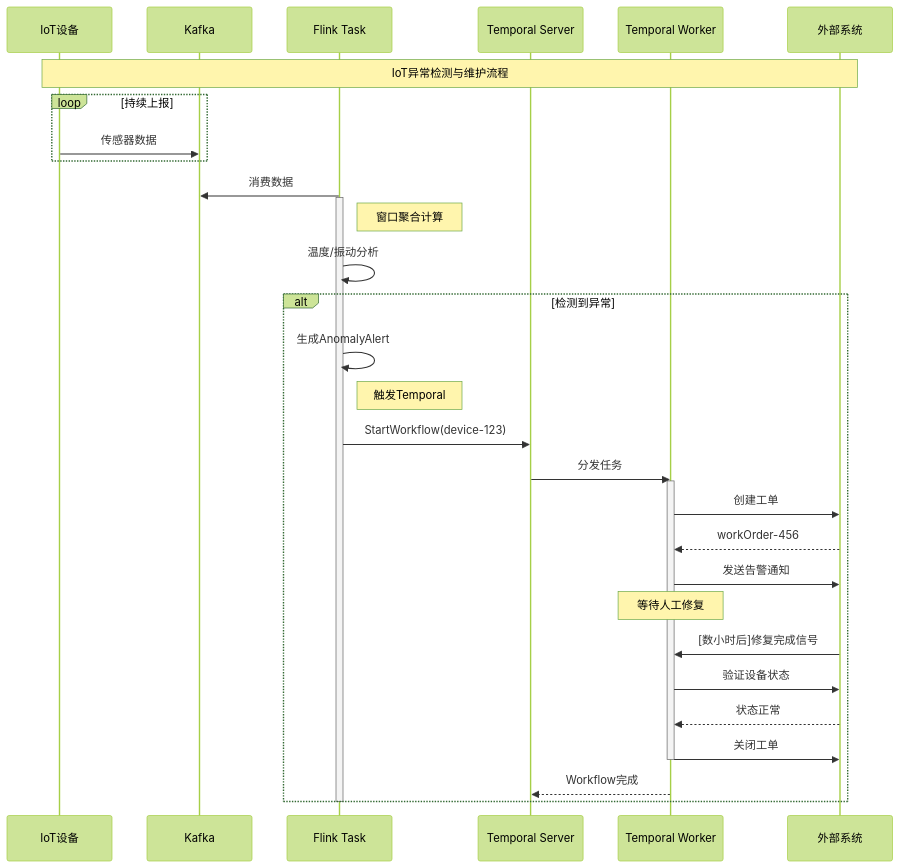
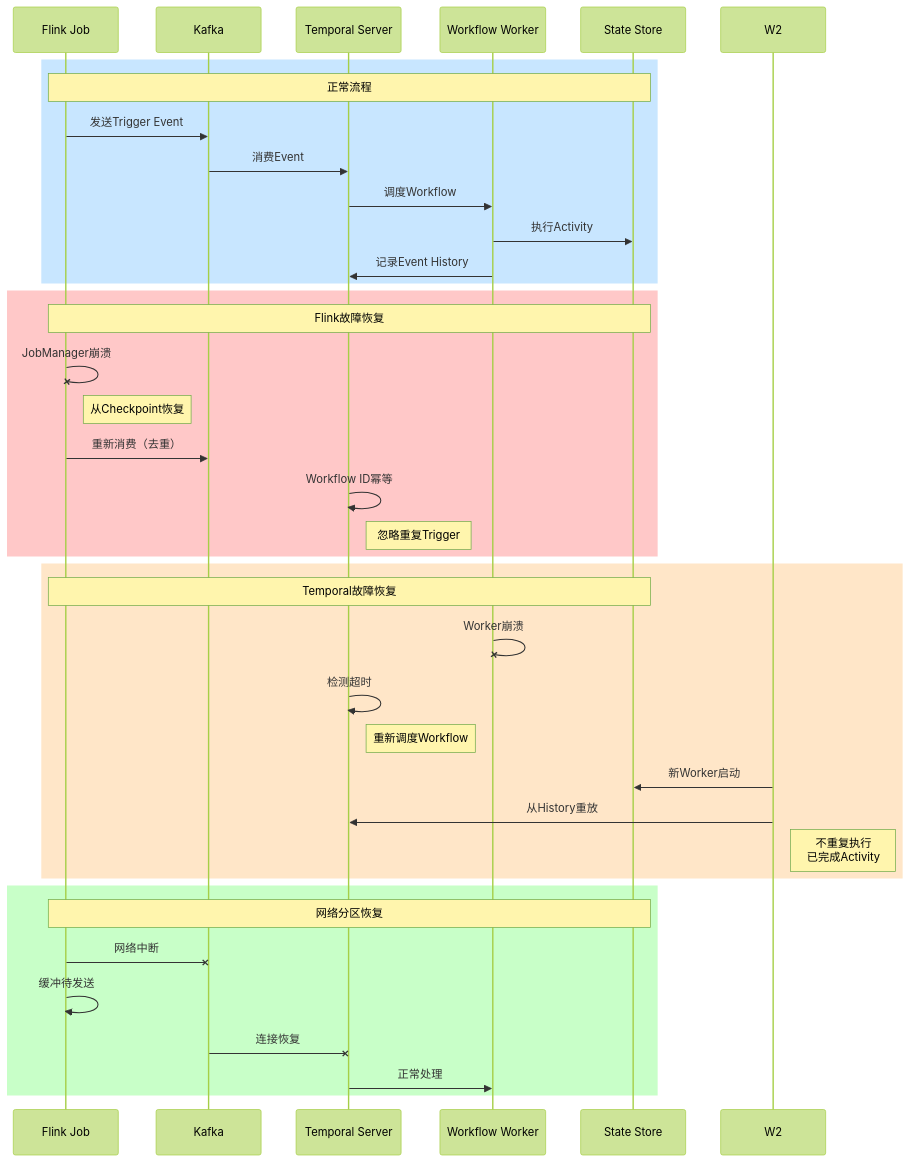
Before and after one commit to AdaMartin18010/AnalysisDataFlow: the fifth of 5 diagrams in Knowledge/06-frontier/temporal-flink-layered-architecture.md, drawn with Mermaid (forest theme). The commit also changed other lines of this file and 47 other files, not shown here.

````diff
--- a/Knowledge/06-frontier/temporal-flink-layered-architecture.md
+++ b/Knowledge/06-frontier/temporal-flink-layered-architecture.md
@@ -1034,49 +1478,44 @@
 ```mermaid
 sequenceDiagram
-    participant Device as IoT设备
-    participant Kafka as Kafka
-    participant Flink as Flink Task
-    participant TemporalS as Temporal Server
-    participant Worker as Temporal Worker
-    participant External as 外部系统
+    participant F as Flink Job
+    participant K as Kafka
+    participant T as Temporal Server
+    participant W as Workflow Worker
+    participant DB as State Store
 
-    Note over Device,External: IoT异常检测与维护流程
-
-    loop 持续上报
-        Device->>Kafka: 传感器数据
+    rect rgb(200, 230, 255)
+        Note over F,DB: 正常流程
+        F->>K: 发送Trigger Event
+        K->>T: 消费Event
+        T->>W: 调度Workflow
+        W->>DB: 执行Activity
+        W->>T: 记录Event History
     end
 
-    Flink->>Kafka: 消费数据
-    activate Flink
-
-    Note right of Flink: 窗口聚合计算
-    Flink->>Flink: 温度/振动分析
-
-    alt 检测到异常
-        Flink->>Flink: 生成AnomalyAlert
-
-        Note right of Flink: 触发Temporal
-        Flink->>TemporalS: StartWorkflow(device-123)
-
-        TemporalS->>Worker: 分发任务
-        activate Worker
-
-        Worker->>External: 创建工单
-        External-->>Worker: workOrder-456
-
-        Worker->>External: 发送告警通知
-
-        Note over Worker: 等待人工修复
-        External->>Worker: [数小时后]修复完成信号
-
-        Worker->>External: 验证设备状态
-        External-->>Worker: 状态正常
-
-        Worker->>External: 关闭工单
-        deactivate Worker
-
-        Worker-->>TemporalS: Workflow完成
+    rect rgb(255, 200, 200)
+        Note over F,DB: Flink故障恢复
+        F-xF: JobManager崩溃
+        Note right of F: 从Checkpoint恢复
+        F->>K: 重新消费（去重）
+        T->>T: Workflow ID幂等
+        Note right of T: 忽略重复Trigger
     end
 
-    deactivate Flink
+    rect rgb(255, 230, 200)
+        Note over F,DB: Temporal故障恢复
+        W-xW: Worker崩溃
+        T->>T: 检测超时
+        Note right of T: 重新调度Workflow
+        W2->>DB: 新Worker启动
+        W2->>T: 从History重放
+        Note right of W2: 不重复执行<br/>已完成Activity
+    end
+
+    rect rgb(200, 255, 200)
+        Note over F,DB: 网络分区恢复
+        F-xK: 网络中断
+        F->>F: 缓冲待发送
+        K-xT: 连接恢复
+        T->>W: 正常处理
+    end
 ```
````
